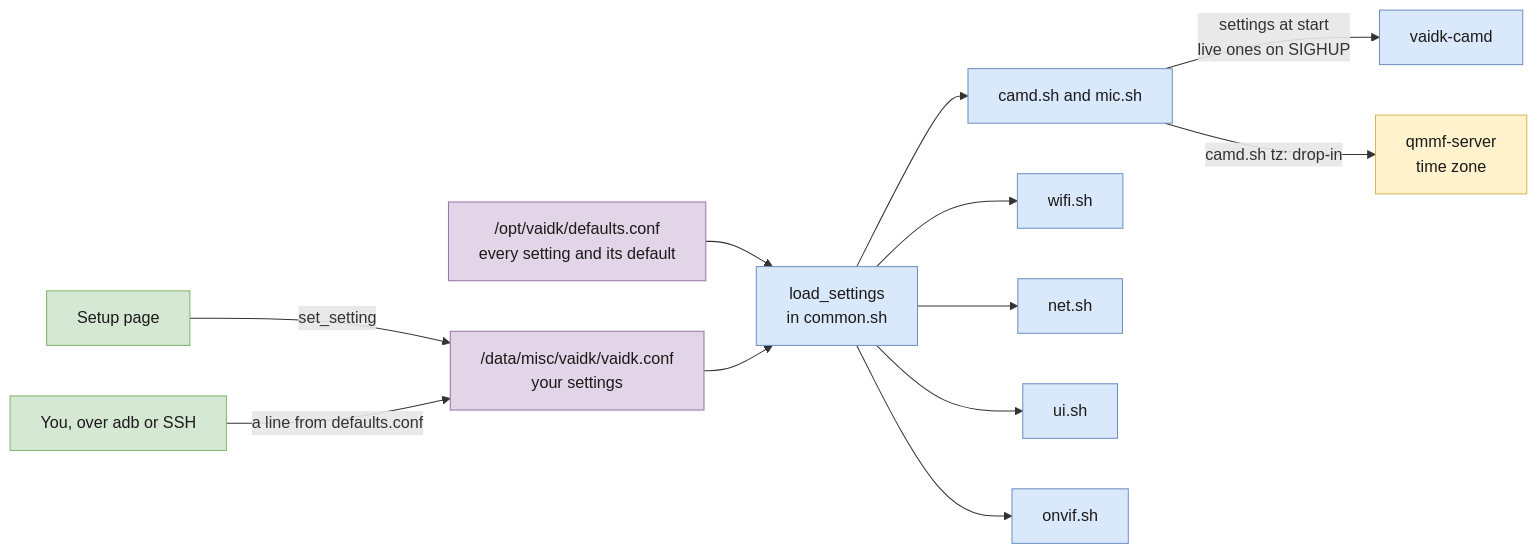
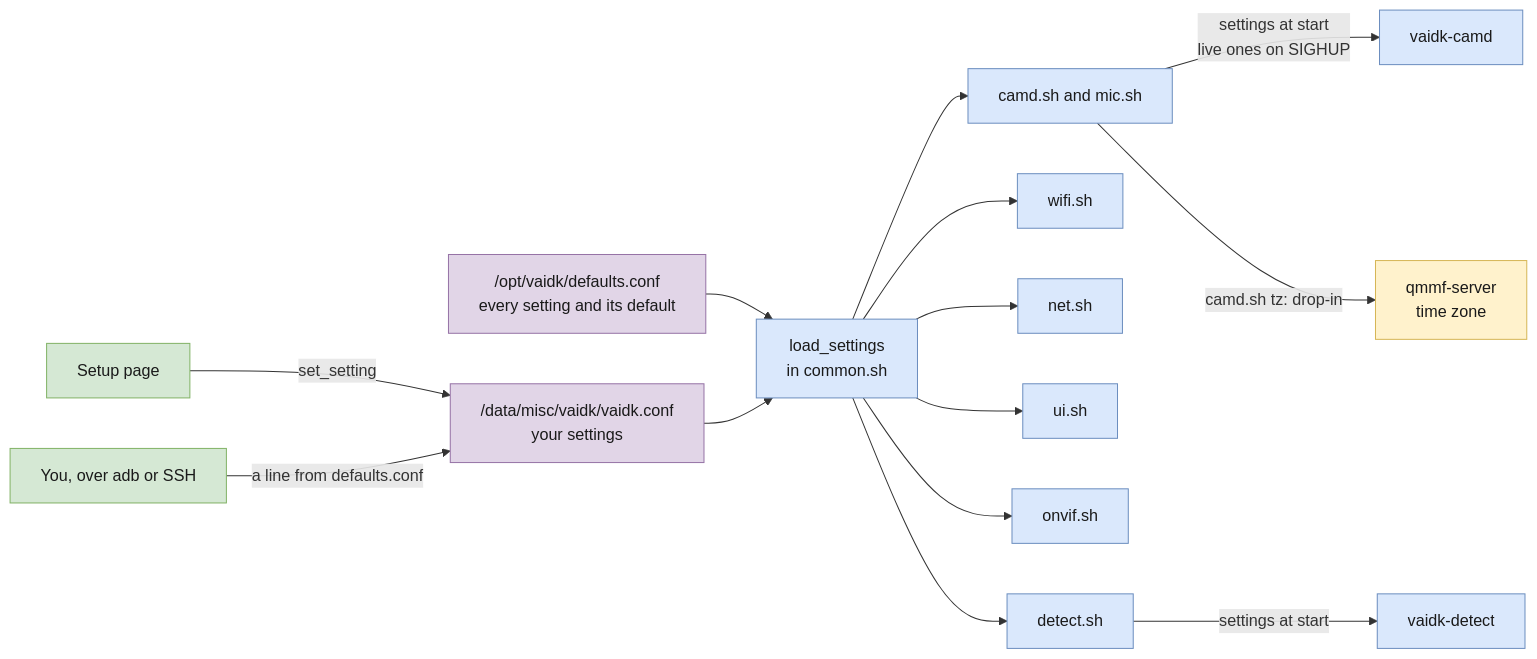
The seventh of 10 diagrams in ARCHITECTURE.md (howardginsburg/VisionAIDevKitRTSP), drawn with Mermaid before and after one commit. The commit also changed other lines of this file and 28 other files, not shown here.

````diff
--- a/ARCHITECTURE.md
+++ b/ARCHITECTURE.md
@@ -248,22 +291,24 @@
 ```mermaid
 flowchart LR
     defaults["/opt/vaidk/defaults.conf<br/>every setting and its default"] --> load["load_settings<br/>in common.sh"]
     conf["/data/misc/vaidk/vaidk.conf<br/>your settings"] --> load
     page["Setup page"] -- "set_setting" --> conf
     hand["You, over adb or SSH"] -- "a line from defaults.conf" --> conf
     load --> camd["camd.sh and mic.sh"]
     load --> wifi["wifi.sh"]
     load --> net["net.sh"]
     load --> ui["ui.sh"]
     load --> onvif["onvif.sh"]
+    load --> detsh["detect.sh"]
     camd -- "settings at start<br/>live ones on SIGHUP" --> prog["vaidk-camd"]
     camd -- "camd.sh tz: drop-in" --> qmmf["qmmf-server<br/>time zone"]
+    detsh -- "settings at start" --> det["vaidk-detect"]
     classDef use fill:#d5e8d4,stroke:#82b366,color:#1a1a1a
     classDef data fill:#e1d5e7,stroke:#9673a6,color:#1a1a1a
     classDef mod fill:#dae8fc,stroke:#6c8ebf,color:#1a1a1a
     classDef os fill:#fff2cc,stroke:#d6b656,color:#1a1a1a
     class page,hand use
     class defaults,conf data
-    class load,camd,wifi,net,ui,onvif,prog mod
+    class load,camd,wifi,net,ui,onvif,detsh,prog,det mod
     class qmmf os
 ```
````
